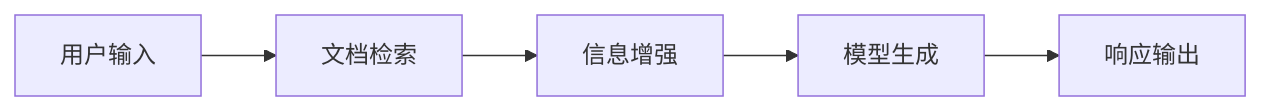
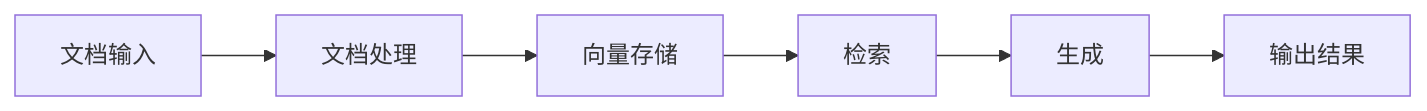
Before and after one commit to wayyoungboy/github-trending-reporter: the third of 8 diagrams in reports/2026/01/2026-01-25.md, drawn with Mermaid. The commit also changed other lines of this file and 1 other file, not shown here.

````diff
--- a/reports/2026/01/2026-01-25.md
+++ b/reports/2026/01/2026-01-25.md
@@ -161,7 +156,8 @@
 ```mermaid
 graph LR
-    A[用户输入] --> B[文档检索]
-    B --> C[信息增强]
-    C --> D[模型生成]
-    D --> E[响应输出]
+    A[文档输入] --> B[文档处理]
+    B --> C[向量存储]
+    C --> D[检索]
+    D --> E[生成]
+    E --> F[输出结果]
 ```
````
